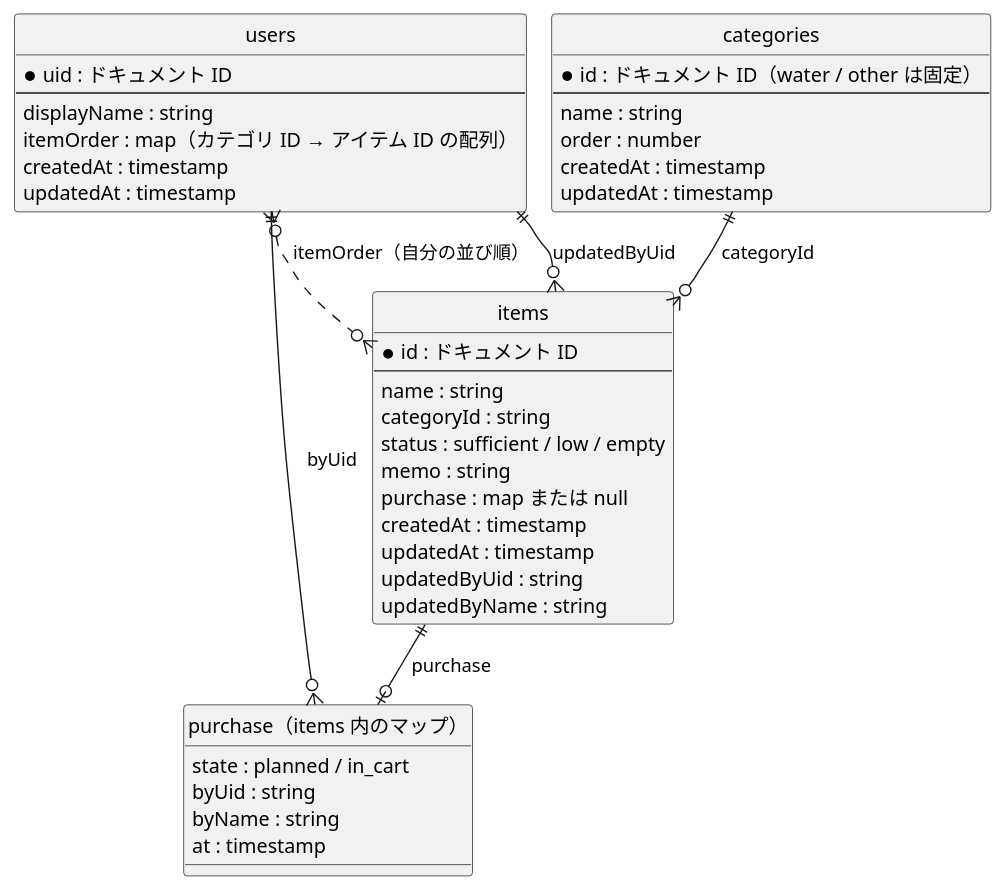
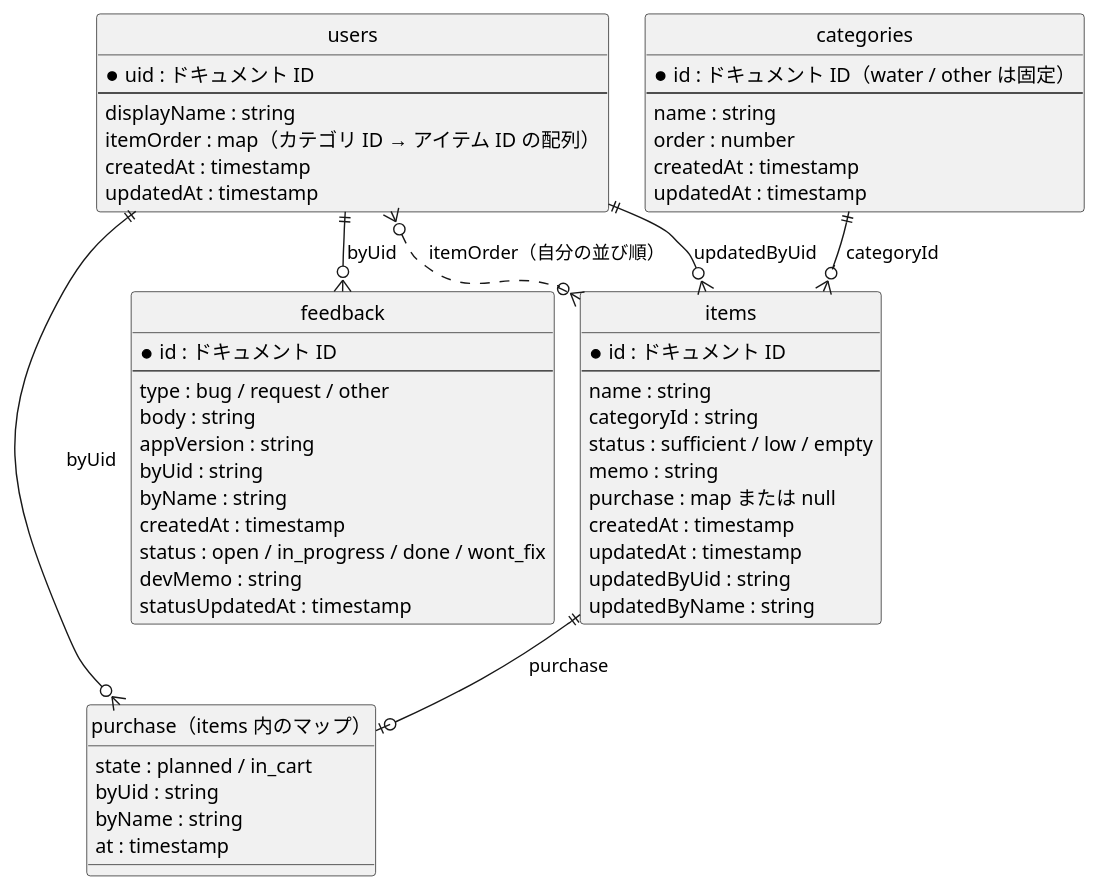
One commit to LASC-SINCE2015/LivingManager changed the diagram in design/data/diagrams/er.puml. Above: the diagram before and after it, drawn with PlantUML. The commit also changed 43 other files, not shown here.

```diff
--- a/design/data/diagrams/er.puml
+++ b/design/data/diagrams/er.puml
@@ -1,51 +1,66 @@
 @startuml er
 !pragma layout smetana
 ' Firestore のコレクションの関係（ER 図）。purchase は items の中のマップ
 skinparam defaultFontName "Meiryo"
 hide circle
 
 entity "users" as users {
   * uid : ドキュメント ID
   --
   displayName : string
   itemOrder : map（カテゴリ ID → アイテム ID の配列）
   createdAt : timestamp
   updatedAt : timestamp
 }
 
 entity "categories" as categories {
   * id : ドキュメント ID（water / other は固定）
   --
   name : string
   order : number
   createdAt : timestamp
   updatedAt : timestamp
 }
 
 entity "items" as items {
   * id : ドキュメント ID
   --
   name : string
   categoryId : string
   status : sufficient / low / empty
   memo : string
   purchase : map または null
   createdAt : timestamp
   updatedAt : timestamp
   updatedByUid : string
   updatedByName : string
 }
 
 entity "purchase（items 内のマップ）" as purchase {
   state : planned / in_cart
   byUid : string
   byName : string
   at : timestamp
 }
 
+entity "feedback" as feedback {
+  * id : ドキュメント ID
+  --
+  type : bug / request / other
+  body : string
+  appVersion : string
+  byUid : string
+  byName : string
+  createdAt : timestamp
+  status : open / in_progress / done / wont_fix
+  devMemo : string
+  statusUpdatedAt : timestamp
+}
+
 categories ||--o{ items : categoryId
+users ||--o{ feedback : byUid
 users ||--o{ items : updatedByUid
 items ||--o| purchase : purchase
 users ||--o{ purchase : byUid
 users }o..o{ items : itemOrder（自分の並び順）
 @enduml
```
